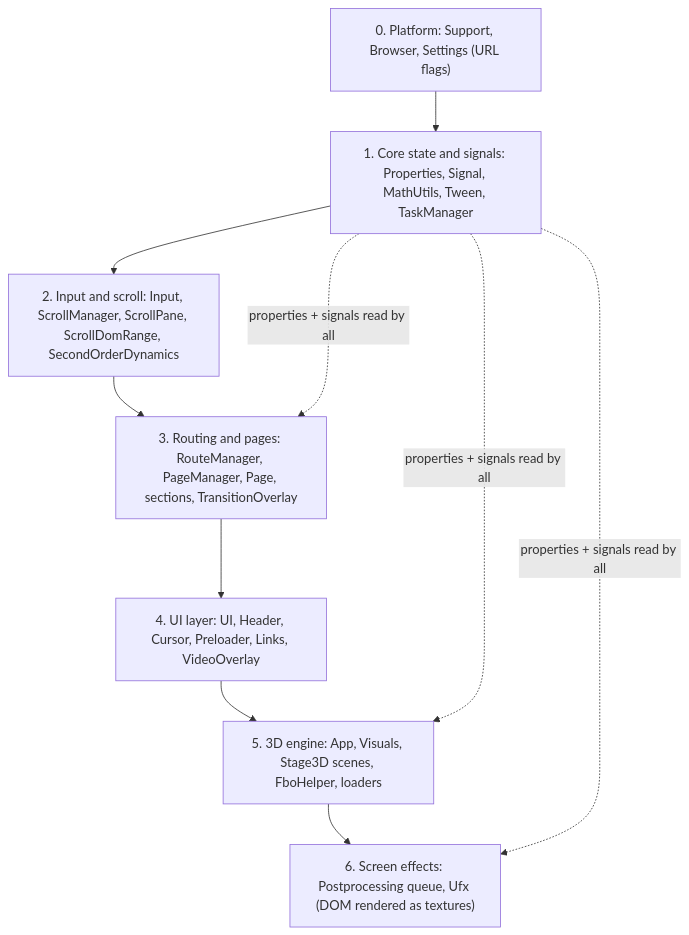
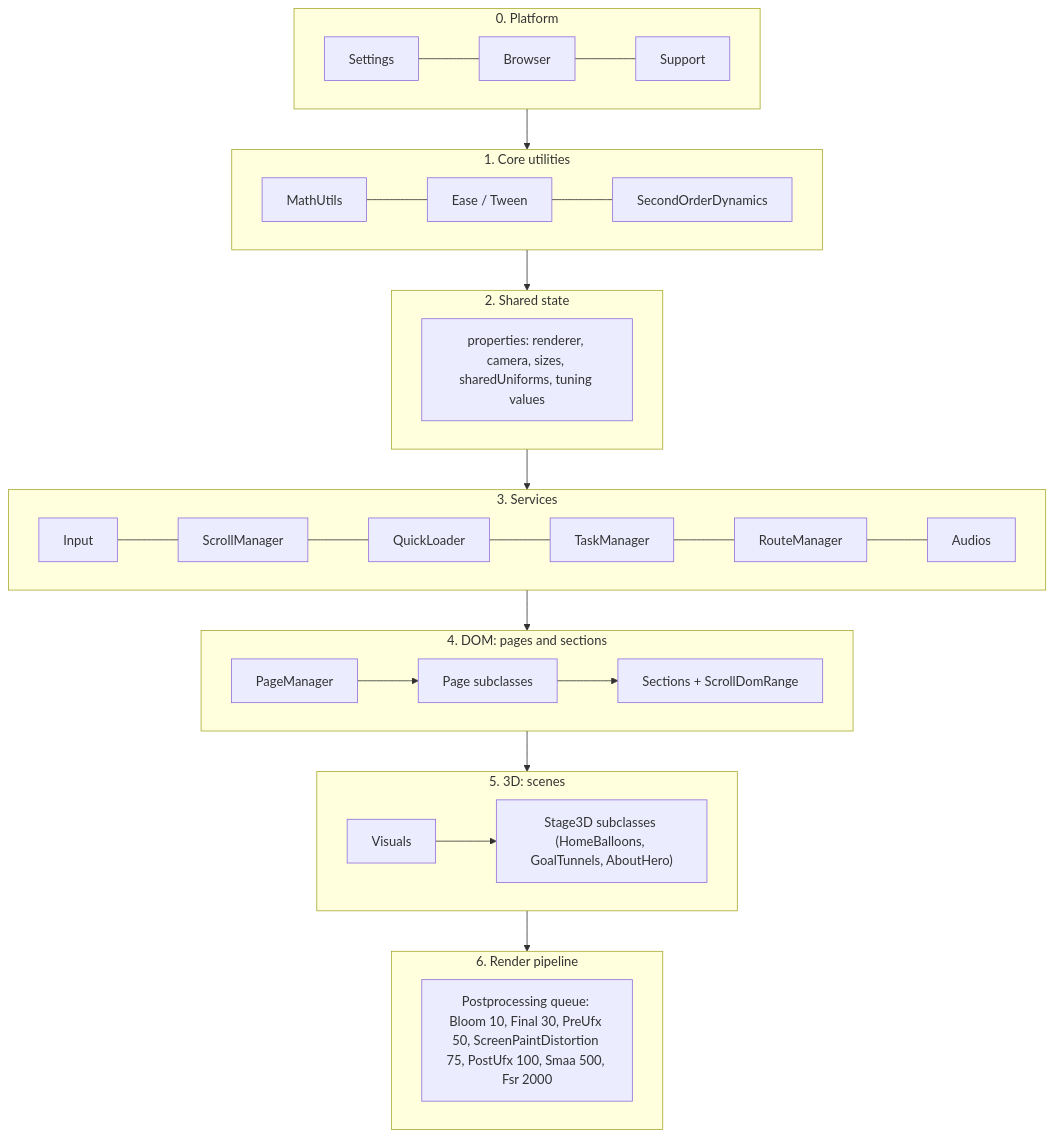
One commit to shifatmasud/lusion-decoded changed the first of 6 diagrams in handbook/11_system_architecture_plan_and_conceptual_model.md. Above: the diagram before and after it, drawn with Mermaid. The commit also changed other lines of this file and 25 other files, not shown here.

````diff
--- a/handbook/11_system_architecture_plan_and_conceptual_model.md
+++ b/handbook/11_system_architecture_plan_and_conceptual_model.md
@@ -10,14 +21,25 @@
 ```mermaid
 flowchart TB
-  L0["0. Platform: Support, Browser, Settings (URL flags)"]
-  L1["1. Core state and signals: Properties, Signal, MathUtils, Tween, TaskManager"]
-  L2["2. Input and scroll: Input, ScrollManager, ScrollPane, ScrollDomRange, SecondOrderDynamics"]
-  L3["3. Routing and pages: RouteManager, PageManager, Page, sections, TransitionOverlay"]
-  L4["4. UI layer: UI, Header, Cursor, Preloader, Links, VideoOverlay"]
-  L5["5. 3D engine: App, Visuals, Stage3D scenes, FboHelper, loaders"]
-  L6["6. Screen effects: Postprocessing queue, Ufx (DOM rendered as textures)"]
+  subgraph L0["0. Platform"]
+    S[Settings] --- B[Browser] --- SU[Support]
+  end
+  subgraph L1["1. Core utilities"]
+    M[MathUtils] --- E[Ease / Tween] --- SOD[SecondOrderDynamics]
+  end
+  subgraph L2["2. Shared state"]
+    P["properties: renderer, camera, sizes, sharedUniforms, tuning values"]
+  end
+  subgraph L3["3. Services"]
+    IN[Input] --- SC[ScrollManager] --- LD[QuickLoader] --- TM[TaskManager] --- RT[RouteManager] --- AU[Audios]
+  end
+  subgraph L4["4. DOM: pages and sections"]
+    PM[PageManager] --> PG["Page subclasses"] --> SEC["Sections + ScrollDomRange"]
+  end
+  subgraph L5["5. 3D: scenes"]
+    V[Visuals] --> ST["Stage3D subclasses (HomeBalloons, GoalTunnels, AboutHero)"]
+  end
+  subgraph L6["6. Render pipeline"]
+    PP["Postprocessing queue: Bloom 10, Final 30, PreUfx 50, ScreenPaintDistortion 75, PostUfx 100, Smaa 500, Fsr 2000"]
+  end
   L0 --> L1 --> L2 --> L3 --> L4 --> L5 --> L6
-  L1 -. "properties + signals read by all" .-> L3
-  L1 -. "properties + signals read by all" .-> L5
-  L1 -. "properties + signals read by all" .-> L6
 ```
````
